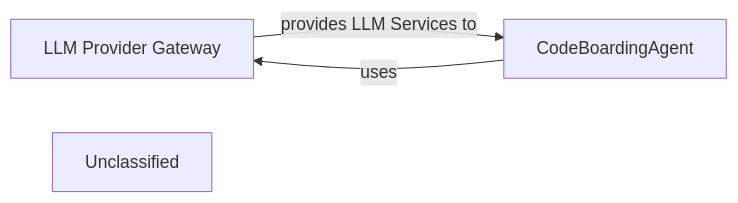
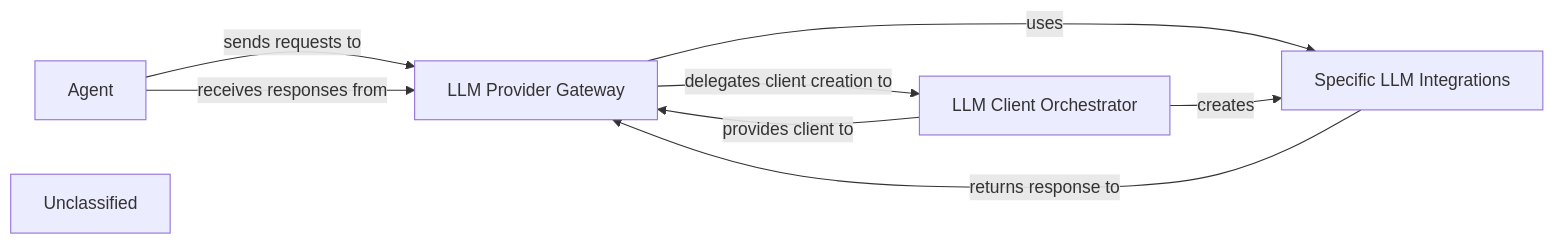
Before and after one commit to CodeBoarding/CodeBoarding: the diagram in .codeboarding/LLM_Provider_Gateway.md, drawn with Mermaid. The commit also changed other lines of this file and 19 other files, not shown here.

First line of the commit message:
docs: update codeboarding documentation and generate architecture

````diff
--- a/.codeboarding/LLM_Provider_Gateway.md
+++ b/.codeboarding/LLM_Provider_Gateway.md
@@ -1,9 +1,16 @@
 ```mermaid
 graph LR
     LLM_Provider_Gateway["LLM Provider Gateway"]
-    CodeBoardingAgent["CodeBoardingAgent"]
+    LLM_Client_Orchestrator["LLM Client Orchestrator"]
+    Specific_LLM_Integrations["Specific LLM Integrations"]
+    Agent["Agent"]
     Unclassified["Unclassified"]
-    CodeBoardingAgent -- "uses" --> LLM_Provider_Gateway
-    LLM_Provider_Gateway -- "provides LLM Services to" --> CodeBoardingAgent
+    LLM_Provider_Gateway -- "delegates client creation to" --> LLM_Client_Orchestrator
+    LLM_Provider_Gateway -- "uses" --> Specific_LLM_Integrations
+    LLM_Client_Orchestrator -- "creates" --> Specific_LLM_Integrations
+    LLM_Client_Orchestrator -- "provides client to" --> LLM_Provider_Gateway
+    Specific_LLM_Integrations -- "returns response to" --> LLM_Provider_Gateway
+    Agent -- "sends requests to" --> LLM_Provider_Gateway
+    Agent -- "receives responses from" --> LLM_Provider_Gateway
     click LLM_Provider_Gateway href "https://github.com/CodeBoarding/CodeBoarding/blob/main/.codeboarding/LLM_Provider_Gateway.md" "Details"
 ```
````
